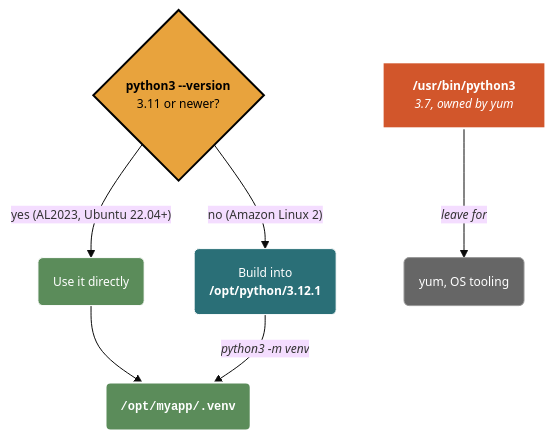
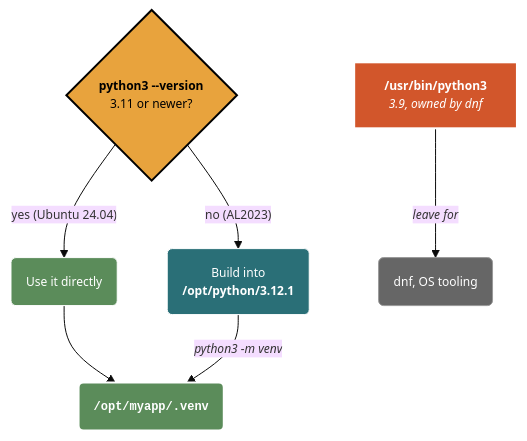
Before and after one commit to mjfrigaard/do4ds-labs: the fifth of 5 diagrams in install-apps.qmd, drawn with Mermaid. The commit also changed other lines of this file and 12 other files, not shown here.

````diff
--- a/install-apps.qmd
+++ b/install-apps.qmd
@@ -616,26 +616,26 @@
 ```{mermaid}
 %%| fig-cap: 'Which Python Runs the App'
 %%| fig-width: 8.0
 %%| fig-align: 'center'
 %%{init: {'theme': 'base', 'look': 'classic', 'themeVariables': {'fontFamily': 'monospace', "fontSize":"12px"}}}%%
 
 graph TD
     Check{"<strong>python3 --version</strong><br/>3.11 or newer?"}
     Yes("Use it directly")
     Build("Build into<br/><strong>/opt/python/3.12.1</strong>")
     Venv("<strong>/opt/myapp/.venv</strong>")
-    Sys["<strong>/usr/bin/python3</strong><br/><em>3.7, owned by yum</em>"]
+    Sys["<strong>/usr/bin/python3</strong><br/><em>3.9, owned by dnf</em>"]
 
-    Check --"yes (AL2023, Ubuntu 22.04+)"--> Yes
-    Check --"no (Amazon Linux 2)"--> Build
+    Check --"yes (Ubuntu 24.04)"--> Yes
+    Check --"no (AL2023)"--> Build
     Yes --> Venv
     Build --"<em>python3 -m venv</em>"--> Venv
-    Sys --"<em>leave for</em>"--> Yum("yum, OS tooling")
+    Sys --"<em>leave for</em>"--> Yum("dnf, OS tooling")
 
     style Check fill:#e8a33d,stroke:#000,stroke-width:2px,color:#000
     style Yes fill:#5b8c5a,stroke:#fff,stroke-width:1px,color:#fff
     style Build fill:#2a6f77,stroke:#fff,stroke-width:1px,color:#fff
     style Venv fill:#5b8c5a,stroke:#fff,stroke-width:2px,color:#fff,font-family:monospace
     style Sys fill:#d2562b,stroke:#fff,stroke-width:2px,color:#fff
     style Yum fill:#666,stroke:#999,stroke-width:1px,color:#fff
 ```
````
